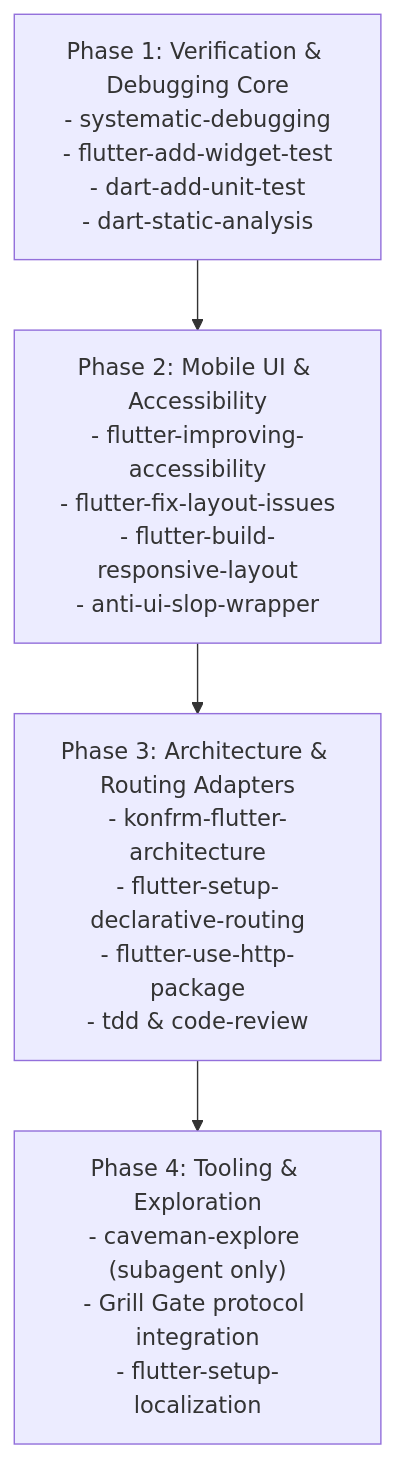
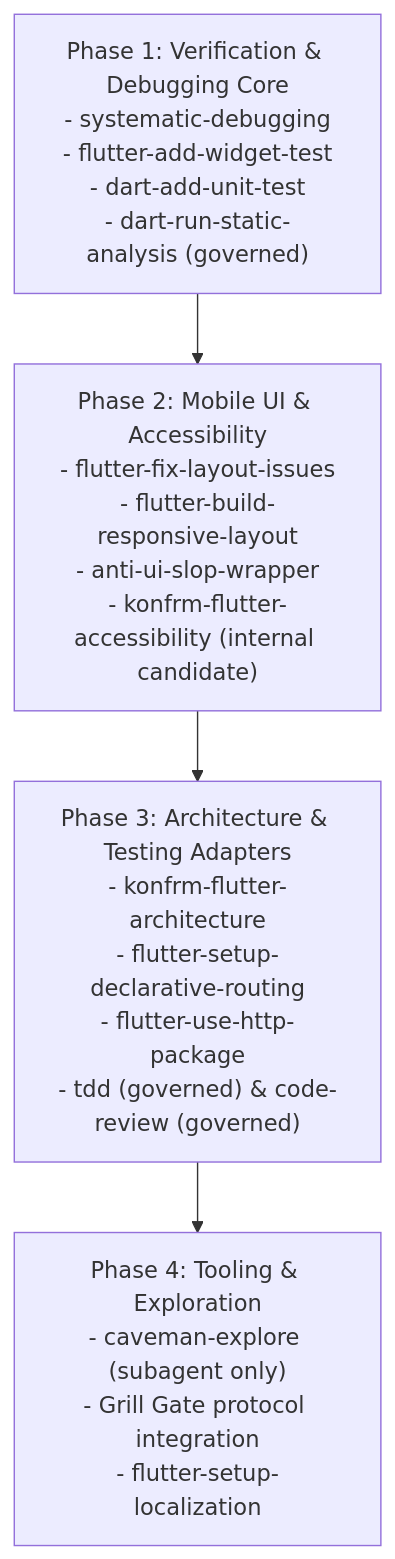
Before and after one commit to Essxm01/KONFRM: the diagram in docs/agents/KONFRM_AGENT_SKILLS_INSTALL_PLAN_V1.md, drawn with Mermaid. The commit also changed other lines of this file and 3 other files, not shown here.

````diff
--- a/docs/agents/KONFRM_AGENT_SKILLS_INSTALL_PLAN_V1.md
+++ b/docs/agents/KONFRM_AGENT_SKILLS_INSTALL_PLAN_V1.md
@@ -124,14 +139,14 @@
 ```mermaid
 flowchart TD
-    P1["Phase 1: Verification & Debugging Core\n- systematic-debugging\n- flutter-add-widget-test\n- dart-add-unit-test\n- dart-static-analysis"]
+    P1["Phase 1: Verification & Debugging Core\n- systematic-debugging\n- flutter-add-widget-test\n- dart-add-unit-test\n- dart-run-static-analysis (governed)"]
 
-    P2["Phase 2: Mobile UI & Accessibility\n- flutter-improving-accessibility\n- flutter-fix-layout-issues\n- flutter-build-responsive-layout\n- anti-ui-slop-wrapper"]
+    P2["Phase 2: Mobile UI & Accessibility\n- flutter-fix-layout-issues\n- flutter-build-responsive-layout\n- anti-ui-slop-wrapper\n- konfrm-flutter-accessibility (internal candidate)"]
 
-    P3["Phase 3: Architecture & Routing Adapters\n- konfrm-flutter-architecture\n- flutter-setup-declarative-routing\n- flutter-use-http-package\n- tdd & code-review"]
+    P3["Phase 3: Architecture & Testing Adapters\n- konfrm-flutter-architecture\n- flutter-setup-declarative-routing\n- flutter-use-http-package\n- tdd (governed) & code-review (governed)"]
 
     P4["Phase 4: Tooling & Exploration\n- caveman-explore (subagent only)\n- Grill Gate protocol integration\n- flutter-setup-localization"]
 
     P1 --> P2
     P2 --> P3
     P3 --> P4
 ```
````
